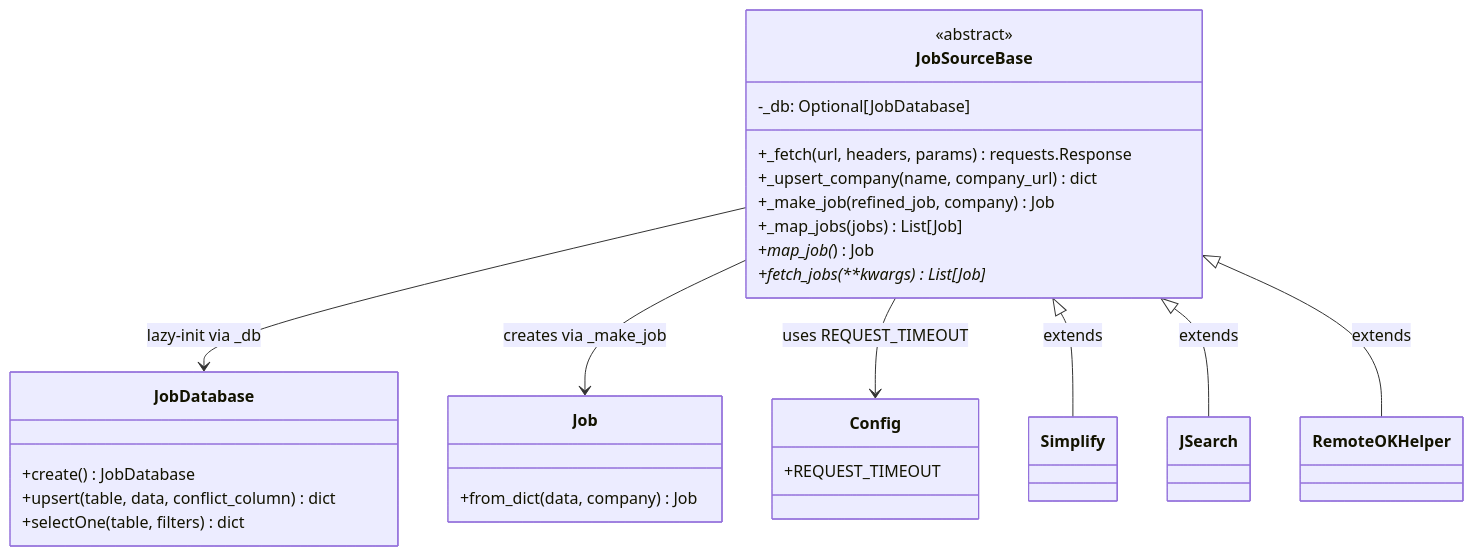
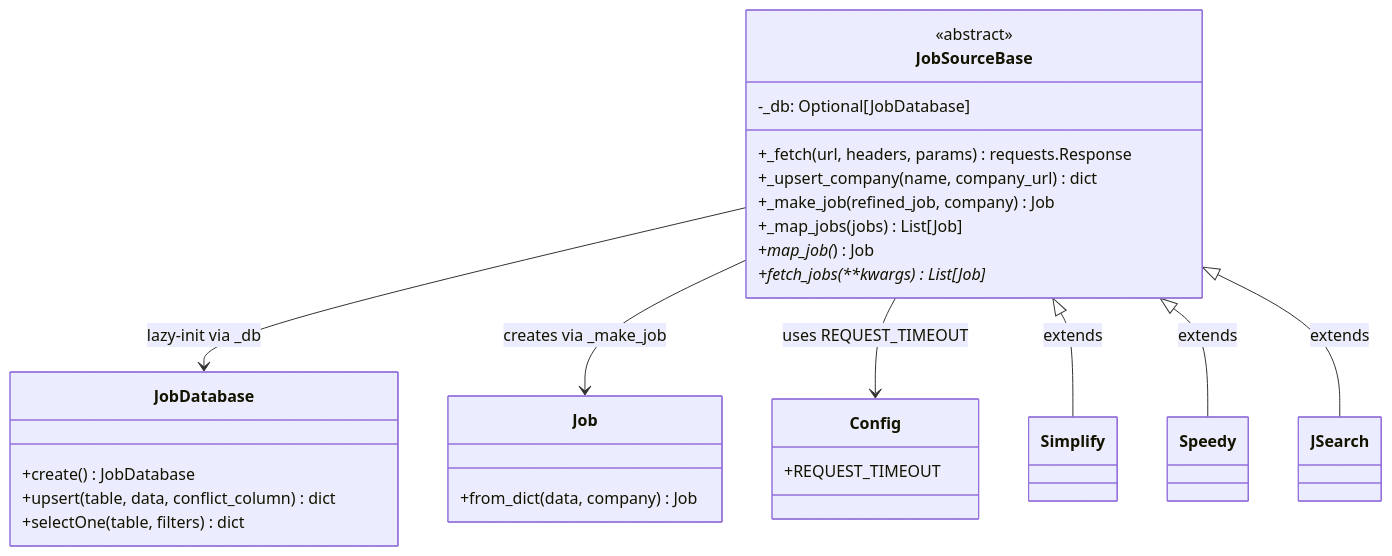
Before and after one commit to AustinDwomoh/libra: the diagram in docs/diagrams/base_class.md, drawn with Mermaid. The commit also changed 27 other files, not shown here.

````diff
--- a/docs/diagrams/base_class.md
+++ b/docs/diagrams/base_class.md
@@ -1,35 +1,35 @@
 ```mermaid
 %% classDiagram — JobSourceBase structure and relationships
 classDiagram
     class JobSourceBase {
         <<abstract>>
         -_db: Optional[JobDatabase]
         +_fetch(url, headers, params) requests.Response
         +_upsert_company(name, company_url) dict
         +_make_job(refined_job, company) Job
         +_map_jobs(jobs) List[Job]
         +_map_job(_) Job
         +fetch_jobs(**kwargs) List[Job]*
     }
 
     class JobDatabase {
         +create() JobDatabase
         +upsert(table, data, conflict_column) dict
         +selectOne(table, filters) dict
     }
 
     class Job {
         +from_dict(data, company) Job
     }
 
     class Config {
         +REQUEST_TIMEOUT
     }
 
     JobSourceBase --> JobDatabase : lazy-init via _db
     JobSourceBase --> Job : creates via _make_job
     JobSourceBase --> Config : uses REQUEST_TIMEOUT
     JobSourceBase <|-- Simplify : extends
+    JobSourceBase <|-- Speedy : extends
     JobSourceBase <|-- JSearch : extends
-    JobSourceBase <|-- RemoteOKHelper : extends
 ```
````
